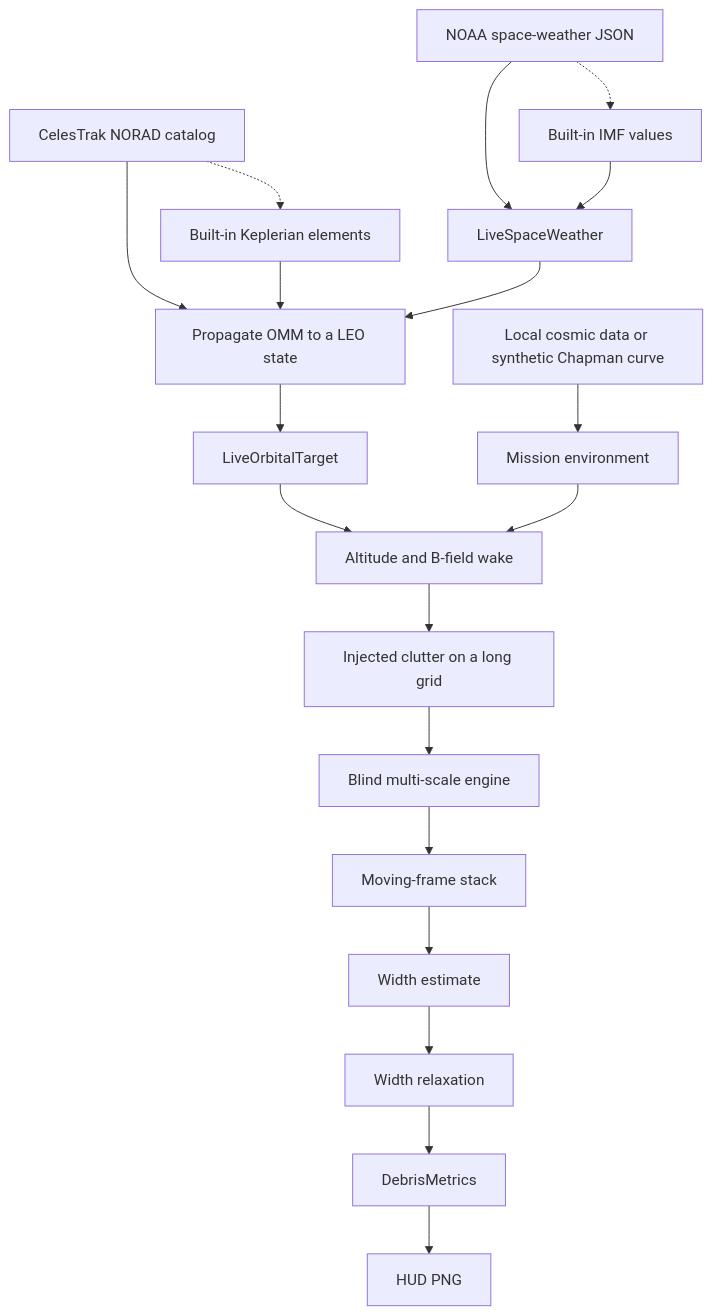
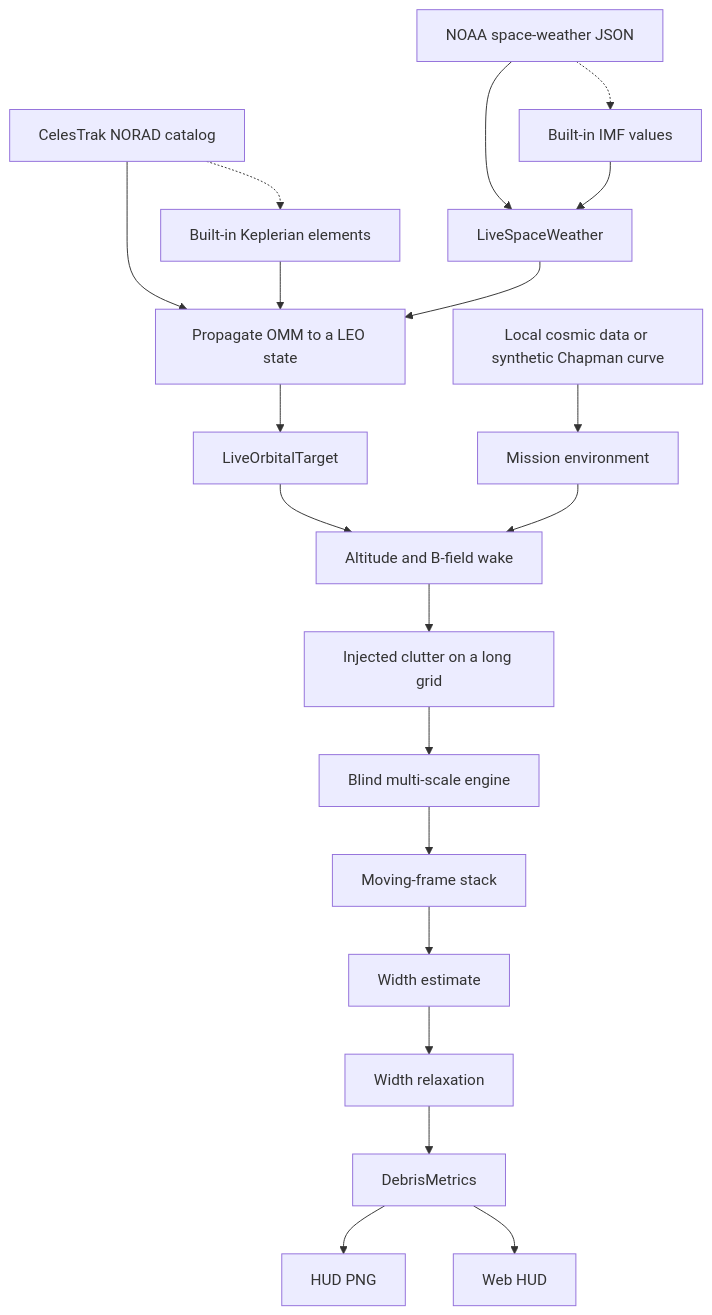
One commit to code4johnm/sinatra_audit changed the first of 3 diagrams in diagrams/README.md. Above: the diagram before and after it, drawn with Mermaid. The commit also changed 10 other files, not shown here.

Commit message:
Add a web HUD on the same live interceptor loop.

````diff
--- a/diagrams/README.md
+++ b/diagrams/README.md
@@ -19,39 +19,41 @@
 ```mermaid
 graph TD
   noaa[NOAA space-weather JSON]
   cele[CelesTrak NORAD catalog]
   cosmic[Local cosmic data or synthetic Chapman curve]
   sw[LiveSpaceWeather]
   fallback[Built-in IMF values]
   prop[Propagate OMM to a LEO state]
   kep[Built-in Keplerian elements]
   tgt[LiveOrbitalTarget]
   env[Mission environment]
   inject[Altitude and B-field wake]
   clutter[Injected clutter on a long grid]
   engine[Blind multi-scale engine]
   stack[Moving-frame stack]
   sigma[Width estimate]
   jko[Width relaxation]
   debris[DebrisMetrics]
   hud[HUD PNG]
+  web[Web HUD]
 
   noaa --> sw
   noaa -.-> fallback
   fallback --> sw
   cele --> prop
   cele -.-> kep
   kep --> prop
   sw --> prop
   prop --> tgt
   cosmic --> env
   tgt --> inject
   env --> inject
   inject --> clutter
   clutter --> engine
   engine --> stack
   stack --> sigma
   sigma --> jko
   jko --> debris
   debris --> hud
+  debris --> web
 ```
````
